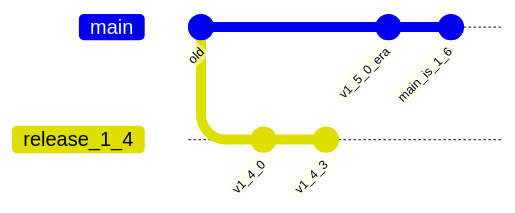
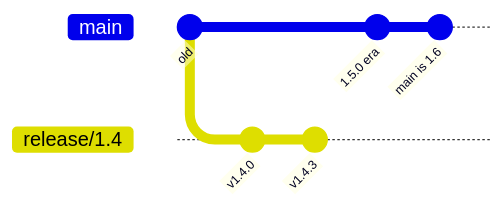
One commit to igrbesa/Release-versioning-options changed diagram 11 of 12 in DEVELOPER_GUIDE.md. Above: the diagram before and after it, drawn with Mermaid. The commit also changed other lines of this file, not shown here.

First line of the commit message:
Map release ownership to Scrum roles and expand the history diagram.

````diff
--- a/DEVELOPER_GUIDE.md
+++ b/DEVELOPER_GUIDE.md
@@ -737,11 +884,11 @@
 ```mermaid
 gitGraph
     commit id: "old"
-    branch release_1_4
-    checkout release_1_4
-    commit id: "v1_4_0"
-    commit id: "v1_4_3"
+    branch "release/1.4"
+    checkout "release/1.4"
+    commit id: "v1.4.0"
+    commit id: "v1.4.3"
     checkout main
-    commit id: "v1_5_0_era"
-    commit id: "main_is_1_6"
+    commit id: "1.5.0 era"
+    commit id: "main is 1.6"
 ```
````
